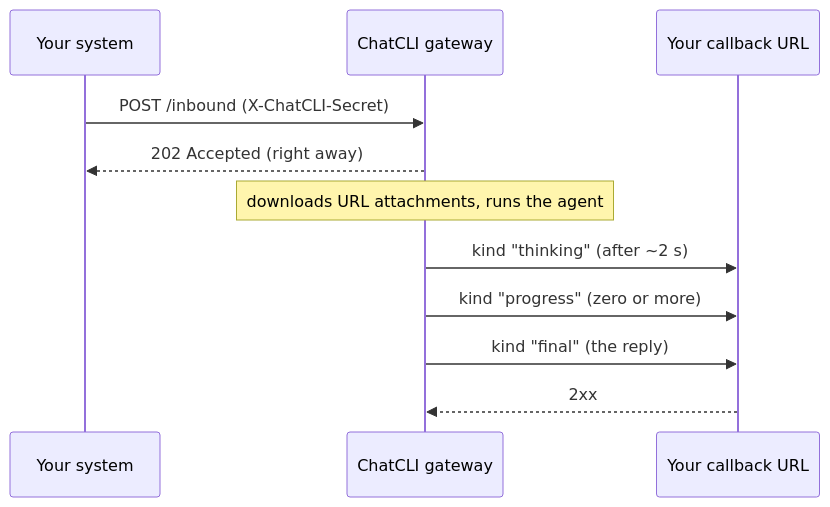
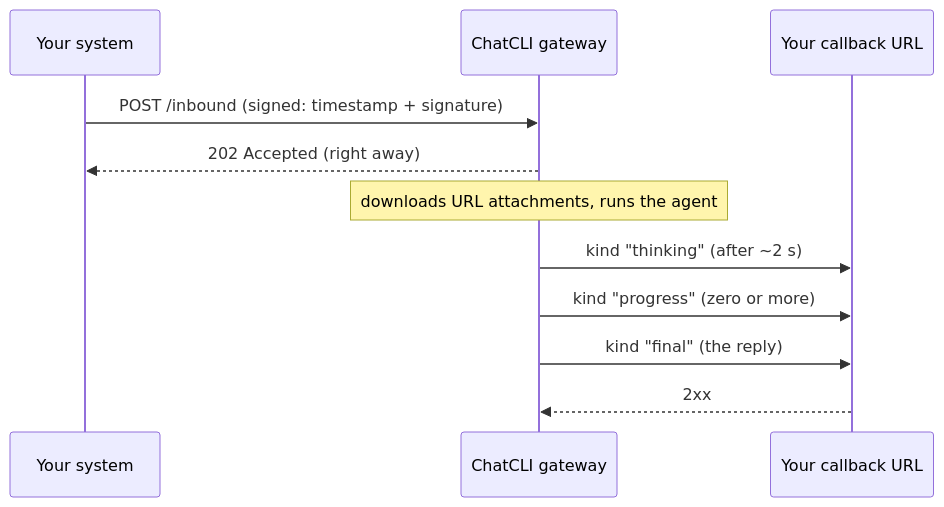
One commit to diillson/chatcli.ai changed the diagram in gateway/webhook.mdx. Above: the diagram before and after it, drawn with Mermaid. The commit also changed other lines of this file and 54 other files, not shown here.

````diff
--- a/gateway/webhook.mdx
+++ b/gateway/webhook.mdx
@@ -22,13 +22,13 @@
 ```mermaid
 sequenceDiagram
     participant App as Your system
     participant GW as ChatCLI gateway
     participant CB as Your callback URL
-    App->>GW: POST /inbound (X-ChatCLI-Secret)
+    App->>GW: POST /inbound (signed: timestamp + signature)
     GW-->>App: 202 Accepted (right away)
     Note over GW: downloads URL attachments, runs the agent
     GW->>CB: kind "thinking" (after ~2 s)
     GW->>CB: kind "progress" (zero or more)
     GW->>CB: kind "final" (the reply)
     CB-->>GW: 2xx
 ```
````
